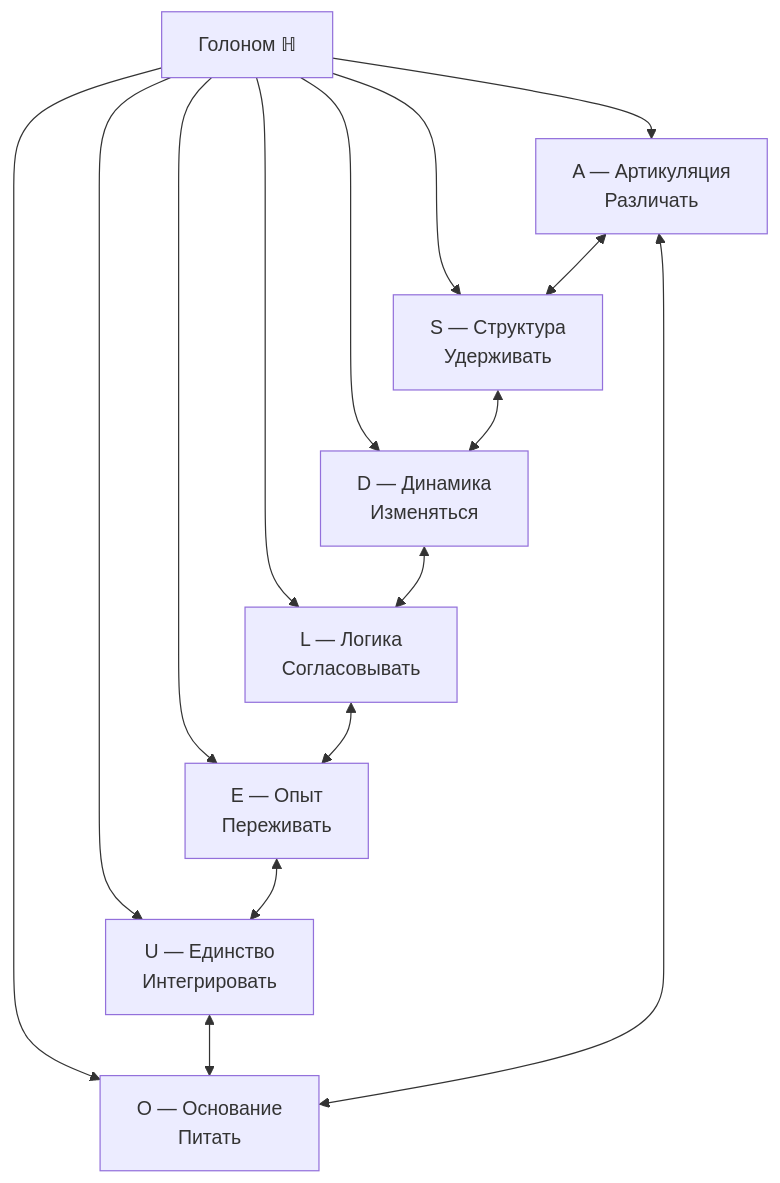
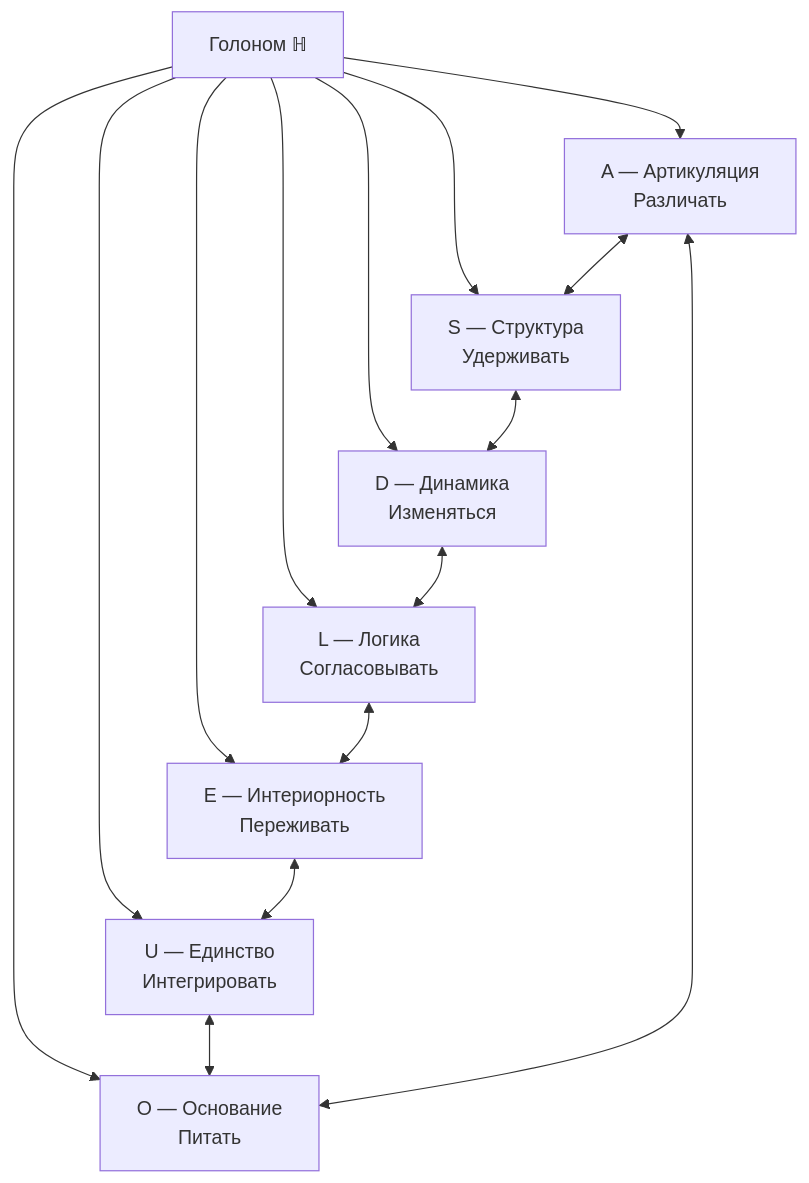
Before and after one commit to uhm-theory/holon: the first of 2 diagrams in website/docs/core/structure/dimensions.md, drawn with Mermaid. The commit also changed other lines of this file and 44 other files, not shown here.

````diff
--- a/website/docs/core/structure/dimensions.md
+++ b/website/docs/core/structure/dimensions.md
@@ -26,27 +26,27 @@
 ```mermaid
 graph TD
     H["Голоном ℍ"]
     A["A — Артикуляция<br/>Различать"]
     S["S — Структура<br/>Удерживать"]
     D["D — Динамика<br/>Изменяться"]
     L["L — Логика<br/>Согласовывать"]
-    E["E — Опыт<br/>Переживать"]
+    E["E — Интериорность<br/>Переживать"]
     O["O — Основание<br/>Питать"]
     U["U — Единство<br/>Интегрировать"]
 
     H --> A
     H --> S
     H --> D
     H --> L
     H --> E
     H --> O
     H --> U
 
     A <--> S
     S <--> D
     D <--> L
     L <--> E
     E <--> U
     U <--> O
     O <--> A
 ```
````
